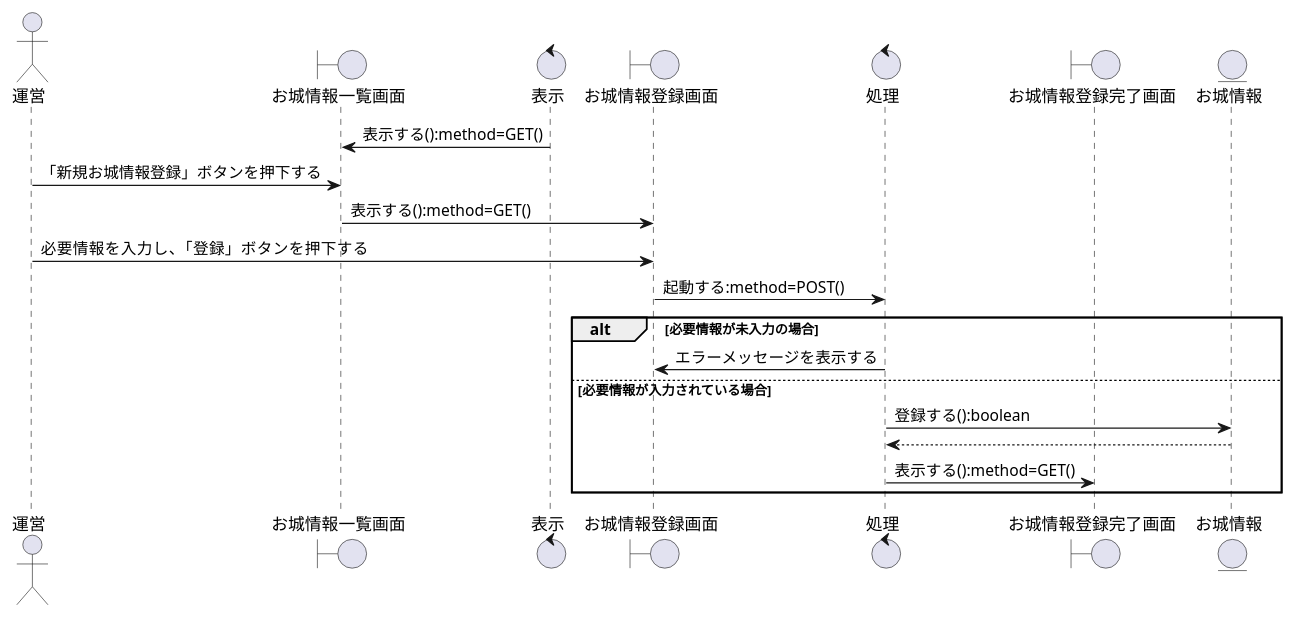
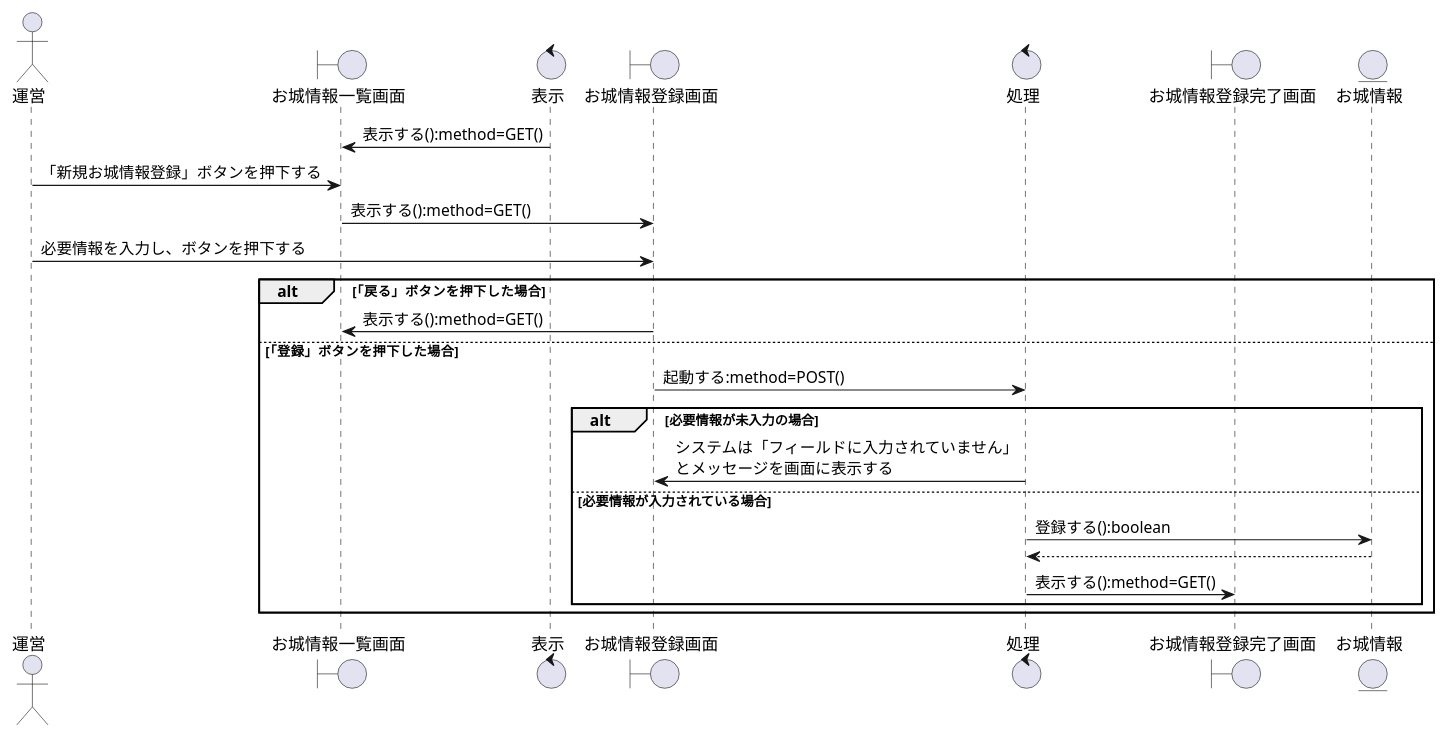
The diagram in お城/お城/設計書/シーケンス図/運営/お城情報機能/シーケンス図_運営がお城情報を登録する.pu (K-Rinrin/GroupE), drawn with PlantUML before and after one commit. The commit also changed 11 other files, not shown here.

```diff
--- a/お城/お城/設計書/シーケンス図/運営/お城情報機能/シーケンス図_運営がお城情報を登録する.pu
+++ b/お城/お城/設計書/シーケンス図/運営/お城情報機能/シーケンス図_運営がお城情報を登録する.pu
@@ -1,33 +1,36 @@
 @startuml 運営がお城情報の登録をする
 
 
 ' ========================================
 ' 登場モノの定義
 ' ========================================
 actor "運営" as Operator
 boundary "お城情報一覧画面" as b1
 control "表示" as c1
 boundary "お城情報登録画面" as b2
 control "処理" as c2
 boundary "お城情報登録完了画面" as b3
 entity "お城情報" as e1
 
 ' ========================================
 ' シーケンスの流れ
 ' ========================================
 
 c1 -> b1 : 表示する():method=GET()
 Operator -> b1 : 「新規お城情報登録」ボタンを押下する
 b1 -> b2 : 表示する():method=GET()
-Operator -> b2 : 必要情報を入力し、「登録」ボタンを押下する
-b2 -> c2 : 起動する:method=POST()
-
-alt 必要情報が未入力の場合
-    c2 -> b2 : エラーメッセージを表示する
-else 必要情報が入力されている場合
-    c2 -> e1 : 登録する():boolean
-    e1 --> c2
-    c2 -> b3: 表示する():method=GET()
+Operator -> b2 : 必要情報を入力し、ボタンを押下する
+alt 「戻る」ボタンを押下した場合
+    b2 -> b1 : 表示する():method=GET()
+else 「登録」ボタンを押下した場合
+    b2 -> c2 : 起動する:method=POST()
+    alt 必要情報が未入力の場合
+        c2 -> b2 : システムは「フィールドに入力されていません」\nとメッセージを画面に表示する
+    else 必要情報が入力されている場合
+        c2 -> e1 : 登録する():boolean
+        e1 --> c2
+        c2 -> b3: 表示する():method=GET()
+    end
 end
 
 @enduml
```
